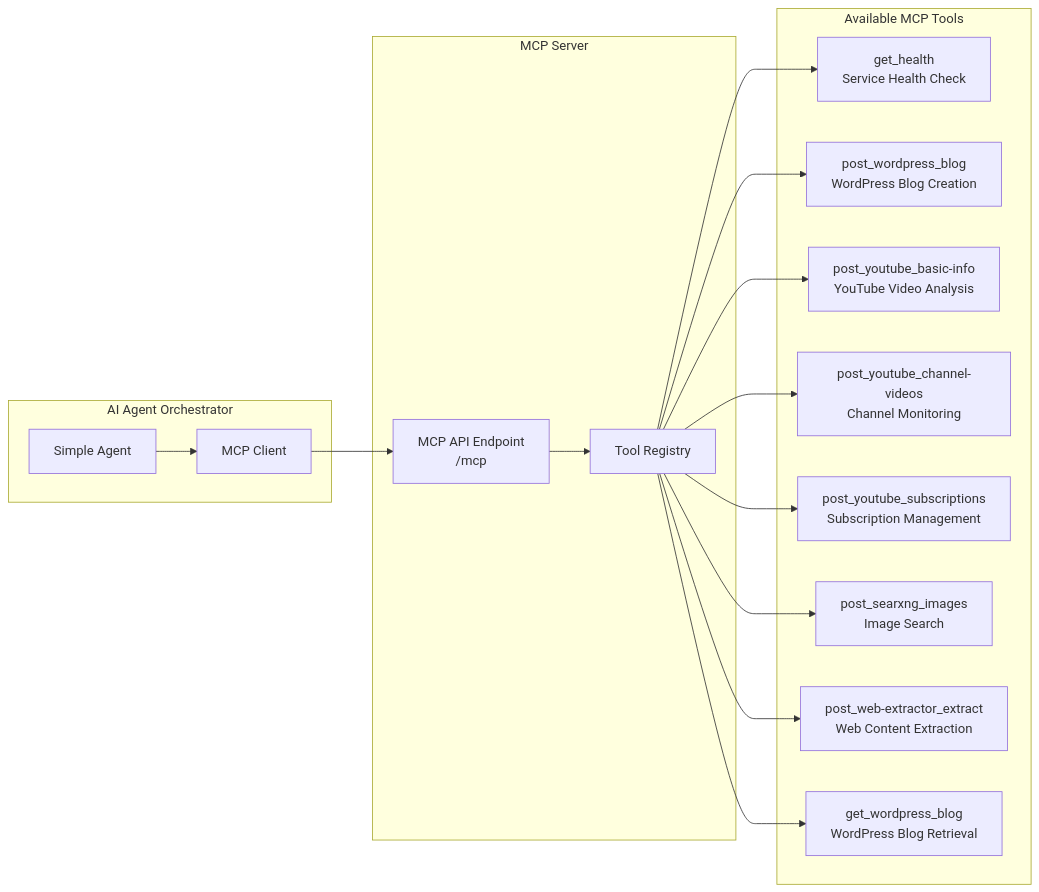
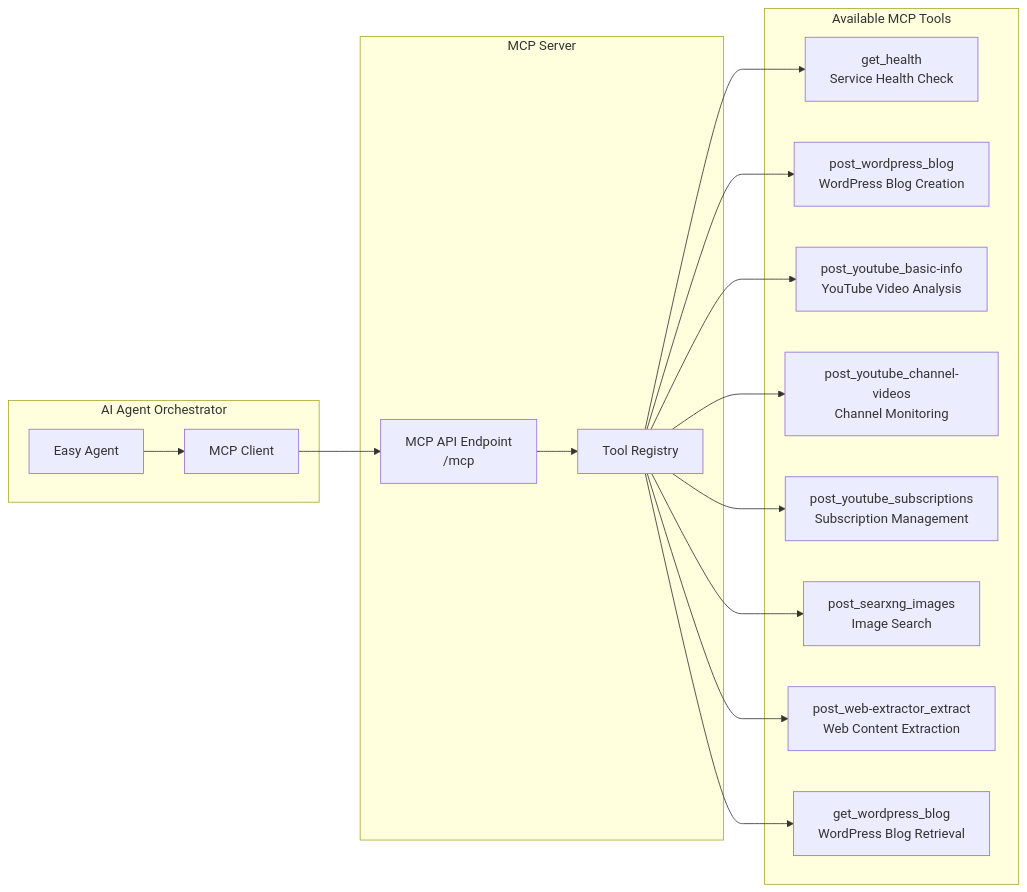
Before and after one commit to easynet-world/7146-n8n-nodes-easy-ai-agent: the fourth of 6 diagrams in README.md, drawn with Mermaid. The commit also changed other lines of this file, not shown here.

````diff
--- a/README.md
+++ b/README.md
@@ -167,36 +169,36 @@
 ```mermaid
 graph LR
     subgraph "AI Agent Orchestrator"
-        AGENT[Simple Agent]
+        AGENT[Easy Agent]
         MCP_CLIENT[MCP Client]
     end
     
     subgraph "MCP Server"
         MCP_API[MCP API Endpoint<br/>/mcp]
         TOOL_REGISTRY[Tool Registry]
     end
     
     subgraph "Available MCP Tools"
         HEALTH[get_health<br/>Service Health Check]
         WORDPRESS[post_wordpress_blog<br/>WordPress Blog Creation]
         YOUTUBE_INFO[post_youtube_basic-info<br/>YouTube Video Analysis]
         YOUTUBE_CHANNEL[post_youtube_channel-videos<br/>Channel Monitoring]
         YOUTUBE_SUBS[post_youtube_subscriptions<br/>Subscription Management]
         SEARCH[post_searxng_images<br/>Image Search]
         WEB[post_web-extractor_extract<br/>Web Content Extraction]
         WP_GET[get_wordpress_blog<br/>WordPress Blog Retrieval]
     end
     
     AGENT --> MCP_CLIENT
     MCP_CLIENT --> MCP_API
     MCP_API --> TOOL_REGISTRY
     
     TOOL_REGISTRY --> HEALTH
     TOOL_REGISTRY --> WORDPRESS
     TOOL_REGISTRY --> YOUTUBE_INFO
     TOOL_REGISTRY --> YOUTUBE_CHANNEL
     TOOL_REGISTRY --> YOUTUBE_SUBS
     TOOL_REGISTRY --> SEARCH
     TOOL_REGISTRY --> WEB
     TOOL_REGISTRY --> WP_GET
 ```
````
